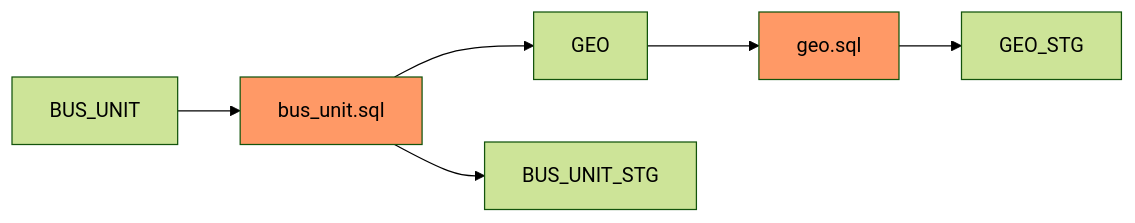
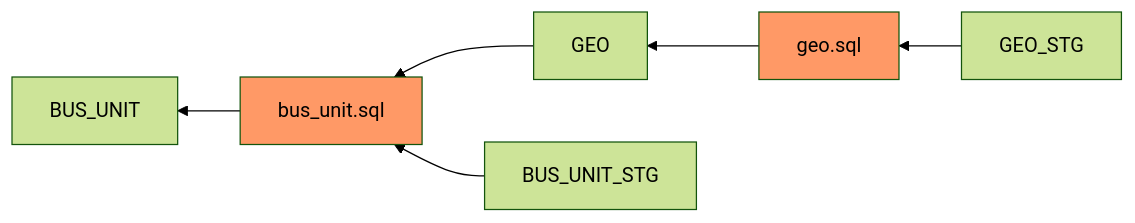
Before and after one commit to akash-adhikary/analyse-etl-flow: the diagram in etl_flow/BUS_UNIT_ETL_FLOW.md, drawn with Mermaid (forest theme). The commit also changed other lines of this file and 2 other files, not shown here.

Commit message:
sequence change
sequence change

````diff
--- a/etl_flow/BUS_UNIT_ETL_FLOW.md
+++ b/etl_flow/BUS_UNIT_ETL_FLOW.md
@@ -2,9 +2,9 @@
 ```mermaid
-graph LR;
-BUS_UNIT -->bus_unit.sql;
-bus_unit.sql:::sqlClass -->GEO;
-bus_unit.sql:::sqlClass -->BUS_UNIT_STG;
-GEO -->geo.sql;
-geo.sql:::sqlClass -->GEO_STG;
+graph RL;
+bus_unit.sql -->BUS_UNIT;
+GEO -->bus_unit.sql:::sqlClass;
+BUS_UNIT_STG -->bus_unit.sql:::sqlClass;
+geo.sql -->GEO;
+GEO_STG -->geo.sql:::sqlClass;
 classDef sqlClass fill:#f96;
 ```
````
